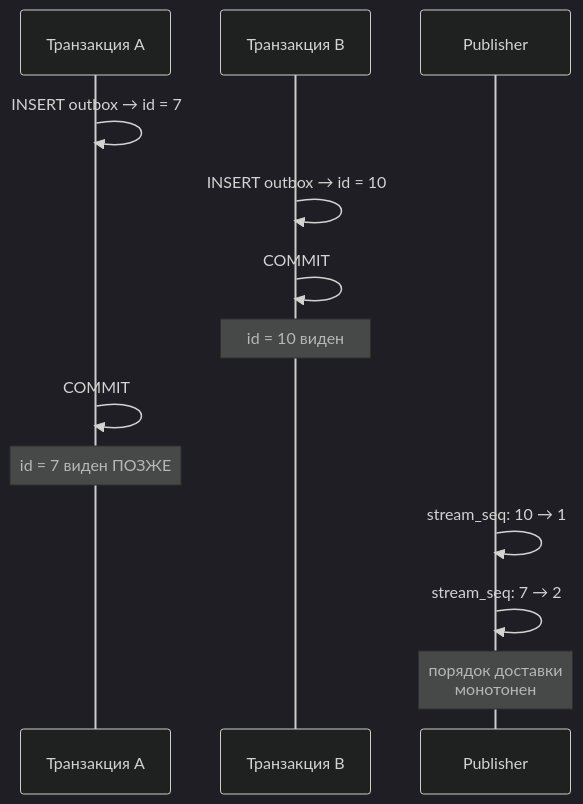
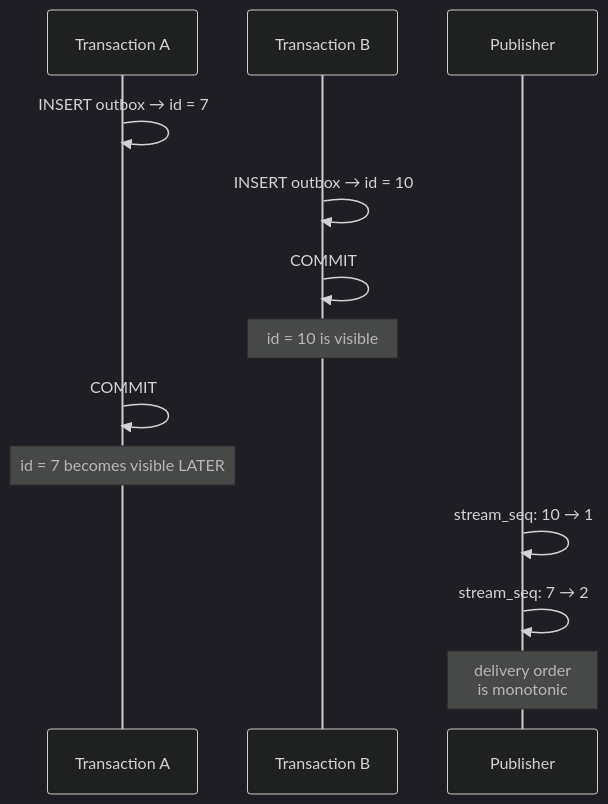
One commit to GogoLlll/Fastapi-cdc-service changed the sixth of 6 diagrams in docs/ARCHITECTURE.md. Above: the diagram before and after it, drawn with Mermaid (dark theme). The commit also changed other lines of this file and 1 other file, not shown here.

Commit message:
update readme and architecture

````diff
--- a/docs/ARCHITECTURE.md
+++ b/docs/ARCHITECTURE.md
@@ -182,17 +181,17 @@
 ```mermaid
 sequenceDiagram
-    participant T1 as Транзакция A
-    participant T2 as Транзакция B
+    participant T1 as Transaction A
+    participant T2 as Transaction B
     participant P as Publisher
 
     T1->>T1: INSERT outbox → id = 7
     T2->>T2: INSERT outbox → id = 10
     T2->>T2: COMMIT
-    Note over T2: id = 10 виден
+    Note over T2: id = 10 is visible
     T1->>T1: COMMIT
-    Note over T1: id = 7 виден ПОЗЖЕ
+    Note over T1: id = 7 becomes visible LATER
 
     P->>P: stream_seq: 10 → 1
     P->>P: stream_seq: 7 → 2
-    Note over P: порядок доставки<br/>монотонен
+    Note over P: delivery order<br/>is monotonic
 ```
````
